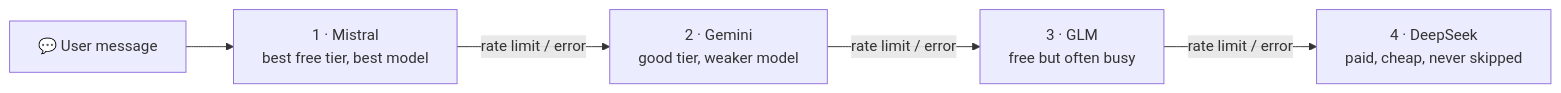
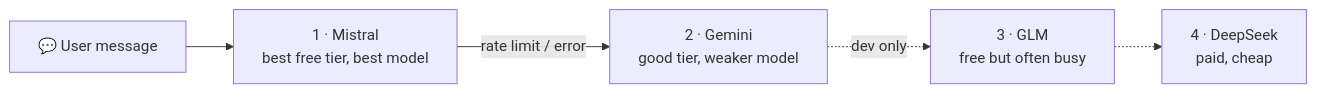
Before and after one commit to AndDev741/Beyou-arch-design: the diagram in blog/ai-agent-free-tier-cascade/en.md, drawn with Mermaid. The commit also changed other lines of this file and 9 other files, not shown here.

````diff
--- a/blog/ai-agent-free-tier-cascade/en.md
+++ b/blog/ai-agent-free-tier-cascade/en.md
@@ -24,7 +24,7 @@
 ```mermaid
 flowchart LR
   U["💬 User message"] --> M["1 · Mistral<br/>best free tier, best model"]
   M -->|"rate limit / error"| G["2 · Gemini<br/>good tier, weaker model"]
-  G -->|"rate limit / error"| Z["3 · GLM<br/>free but often busy"]
-  Z -->|"rate limit / error"| D["4 · DeepSeek<br/>paid, cheap, never skipped"]
+  G -.->|"dev only"| Z["3 · GLM<br/>free but often busy"]
+  Z -.-> D["4 · DeepSeek<br/>paid, cheap"]
 ```
````
